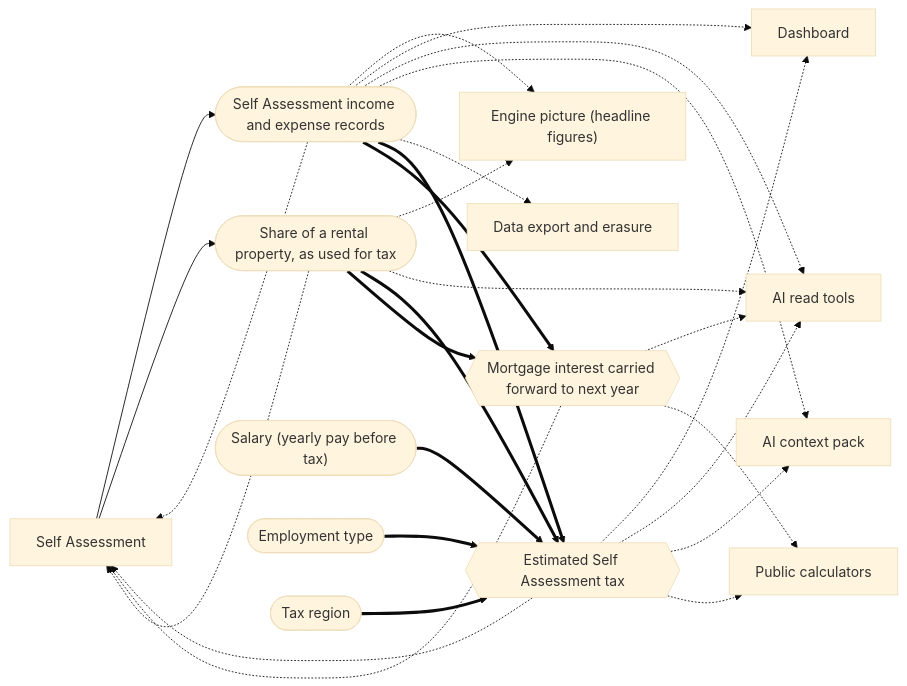
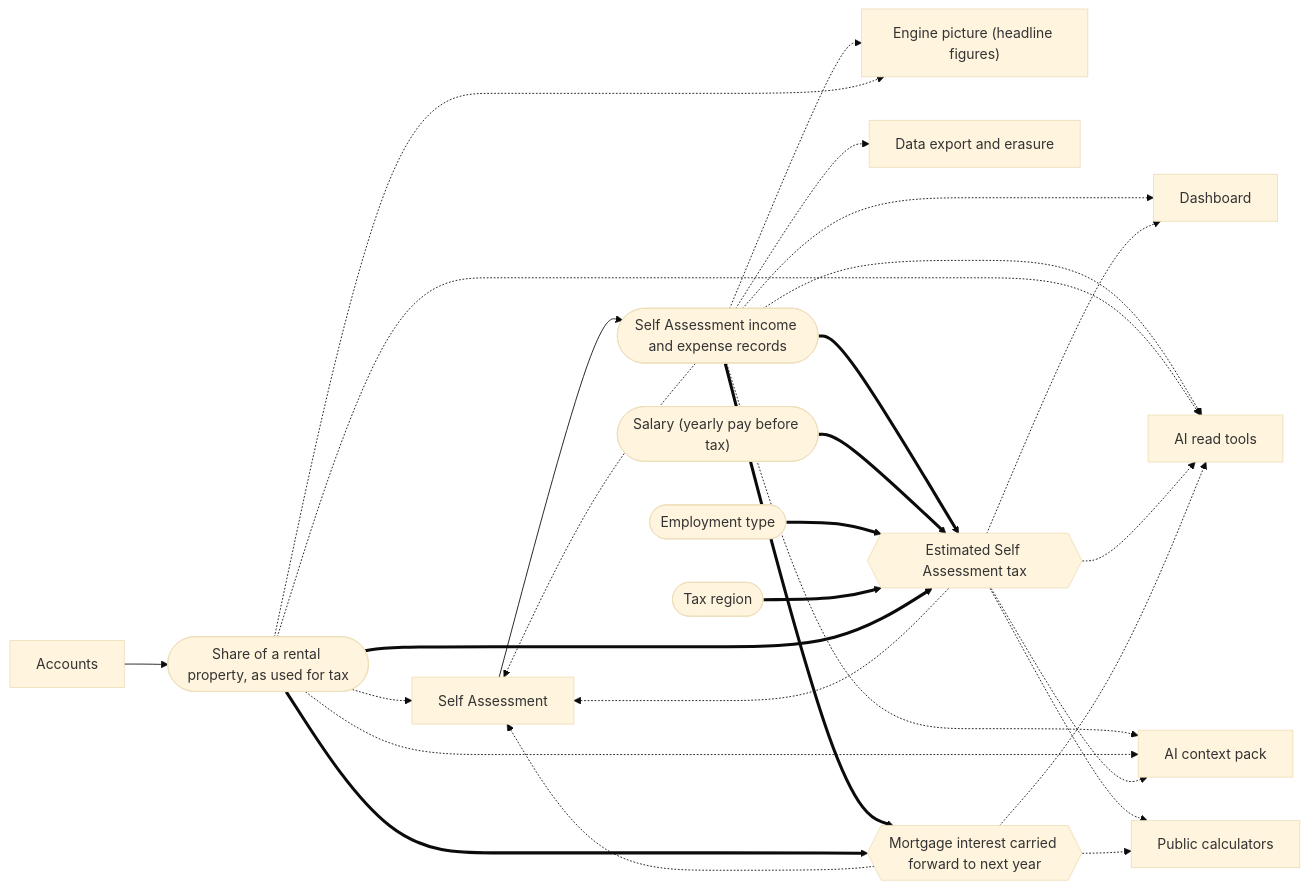
Before and after one commit to mgallagher56/flump: the sixth of 7 diagrams in docs/system/generated/connections.md, drawn with Mermaid (base theme). The commit also changed 4 other files, not shown here.

First line of the commit message:
docs(value-map): the rental share for tax is the account's; estimate and records hold (slice 7)

````diff
--- a/docs/system/generated/connections.md
+++ b/docs/system/generated/connections.md
@@ -472,43 +472,45 @@
 ```mermaid
 flowchart LR
   s_dashboard["Dashboard"]
+  s_accounts["Accounts"]
   s_self_assessment["Self Assessment"]
   s_picture["Engine picture (headline figures)"]
   s_mcp_read["AI read tools"]
   s_context_pack["AI context pack"]
   s_public_tools["Public calculators"]
   s_export["Data export and erasure"]
   f_tax_records(["Self Assessment income and expense records"])
   s_self_assessment --> f_tax_records
   f_tax_records -.-> s_self_assessment
   f_tax_records -.-> s_picture
   f_tax_records -.-> s_dashboard
   f_tax_records -.-> s_mcp_read
   f_tax_records -.-> s_context_pack
   f_tax_records -.-> s_export
   f_rental_share_for_tax(["Share of a rental property, as used for tax"])
-  s_self_assessment --> f_rental_share_for_tax
+  s_accounts --> f_rental_share_for_tax
   f_rental_share_for_tax -.-> s_self_assessment
   f_rental_share_for_tax -.-> s_picture
   f_rental_share_for_tax -.-> s_mcp_read
+  f_rental_share_for_tax -.-> s_context_pack
   g_estimated_tax{{"Estimated Self Assessment tax"}}
   f_tax_records ==> g_estimated_tax
   f_salary(["Salary (yearly pay before tax)"])
   f_salary ==> g_estimated_tax
   f_employment_type(["Employment type"])
   f_employment_type ==> g_estimated_tax
   f_tax_region(["Tax region"])
   f_tax_region ==> g_estimated_tax
   f_rental_share_for_tax ==> g_estimated_tax
   g_estimated_tax -.-> s_dashboard
   g_estimated_tax -.-> s_self_assessment
   g_estimated_tax -.-> s_mcp_read
   g_estimated_tax -.-> s_context_pack
   g_estimated_tax -.-> s_public_tools
   g_finance_costs_carried_forward{{"Mortgage interest carried forward to next year"}}
   f_tax_records ==> g_finance_costs_carried_forward
   f_rental_share_for_tax ==> g_finance_costs_carried_forward
   g_finance_costs_carried_forward -.-> s_self_assessment
   g_finance_costs_carried_forward -.-> s_mcp_read
   g_finance_costs_carried_forward -.-> s_public_tools
 ```
````
